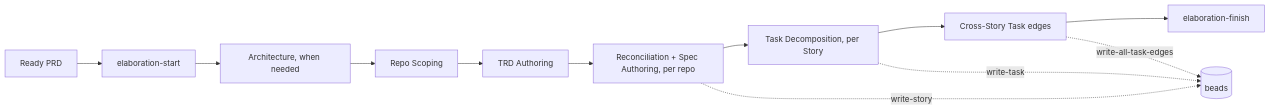
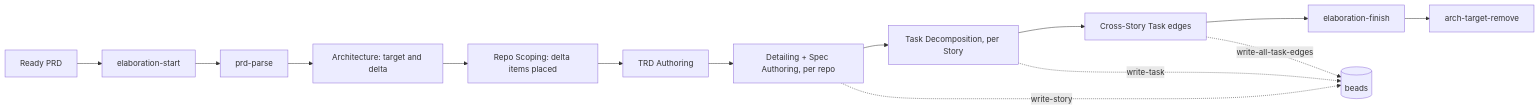
Before and after one commit to mark-satterfield/toolset: the second of 4 diagrams in plugins/agent-teams-workforce/AGENT-TEAMS-WORKFORCE.md, drawn with Mermaid. The commit also changed other lines of this file and 3 other files, not shown here.

First line of the commit message:
docs(agent-teams-workforce): describe the architecture step, the delta-driven later phases and the architecture team as built

````diff
--- a/plugins/agent-teams-workforce/AGENT-TEAMS-WORKFORCE.md
+++ b/plugins/agent-teams-workforce/AGENT-TEAMS-WORKFORCE.md
@@ -50,13 +50,15 @@
 ```mermaid
 graph LR
   P[Ready PRD] --> L[elaboration-start]
-  L --> A[Architecture, when needed] --> RS[Repo Scoping]
+  L --> PP[prd-parse] --> A[Architecture: target and delta]
+  A --> RS[Repo Scoping: delta items placed]
   RS --> R[TRD Authoring]
-  R --> S[Reconciliation + Spec Authoring, per repo]
+  R --> S[Detailing + Spec Authoring, per repo]
   S --> T[Task Decomposition, per Story]
   T --> X[Cross-Story Task edges]
   X --> E[elaboration-finish]
+  E --> TR[arch-target-remove]
   S -. write-story .-> B[(beads)]
   T -. write-task .-> B
   X -. write-all-task-edges .-> B
 ```
````
